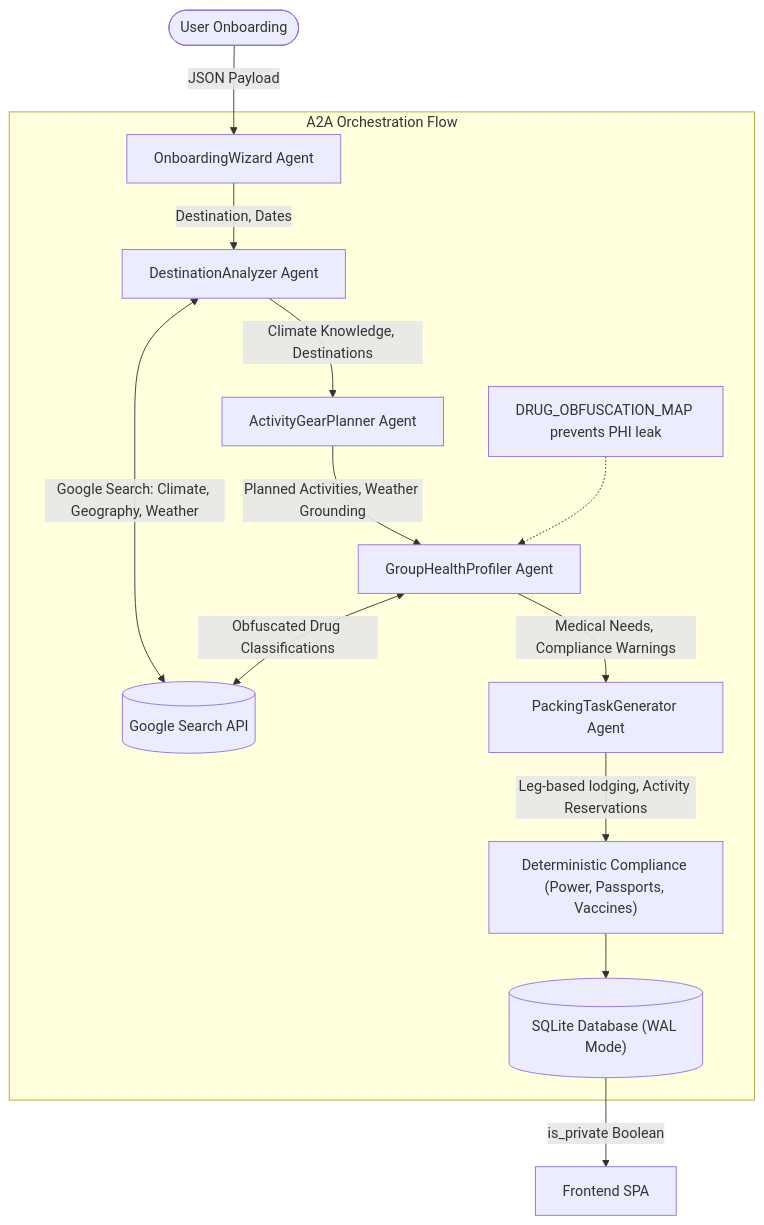
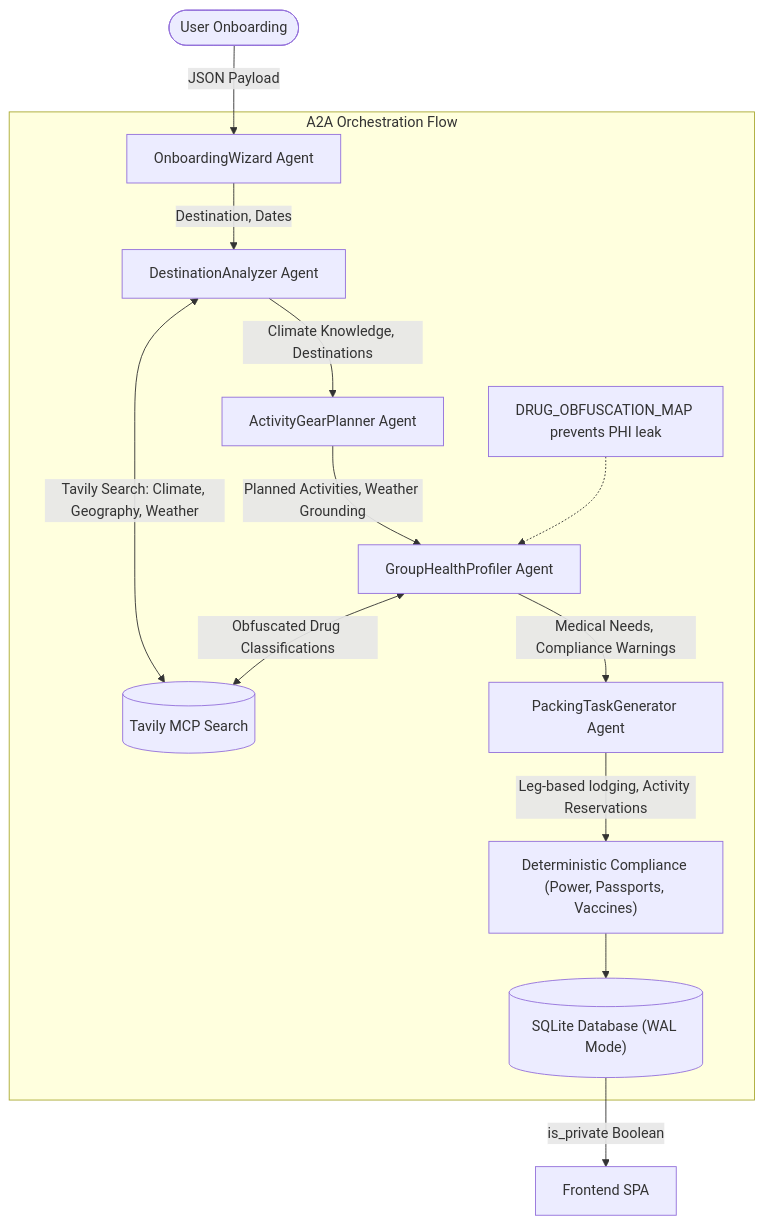
The second of 4 diagrams in README.md (jskesner/tola-app), drawn with Mermaid before and after one commit. The commit also changed other lines of this file and 8 other files, not shown here.

First line of the commit message:
deploy: sync active trip chat history, onboarding sequence, and visa fixes

````diff
--- a/README.md
+++ b/README.md
@@ -59,21 +59,21 @@
 ```mermaid
 flowchart TD
     User(["User Onboarding"]) -->|"JSON Payload"| OnboardingWizard["OnboardingWizard Agent"]
     
     subgraph A2A_Orchestration ["A2A Orchestration Flow"]
         OnboardingWizard -->|"Destination, Dates"| DestinationAnalyzer["DestinationAnalyzer Agent"]
-        DestinationAnalyzer <-->|"Google Search: Climate, Geography, Weather"| GoogleSearch[("Google Search API")]
+        DestinationAnalyzer <-->|"Tavily Search: Climate, Geography, Weather"| TavilySearch[("Tavily MCP Search")]
         
         DestinationAnalyzer -->|"Climate Knowledge, Destinations"| ActivityGearPlanner["ActivityGearPlanner Agent"]
         ActivityGearPlanner -->|"Planned Activities, Weather Grounding"| GroupHealthProfiler["GroupHealthProfiler Agent"]
         
-        GroupHealthProfiler <-->|"Obfuscated Drug Classifications"| GoogleSearch
+        GroupHealthProfiler <-->|"Obfuscated Drug Classifications"| TavilySearch
         ObfuscationNote["DRUG_OBFUSCATION_MAP prevents PHI leak"] -.-> GroupHealthProfiler
         
         GroupHealthProfiler -->|"Medical Needs, Compliance Warnings"| PackingTaskGenerator["PackingTaskGenerator Agent"]
         PackingTaskGenerator -->|"Leg-based lodging, Activity Reservations"| ComplianceEngine["Deterministic Compliance (Power, Passports, Vaccines)"]
         ComplianceEngine --> Database[("SQLite Database (WAL Mode)")]
     end
 
     Database -->|"is_private Boolean"| Frontend["Frontend SPA"]
 ```
````
